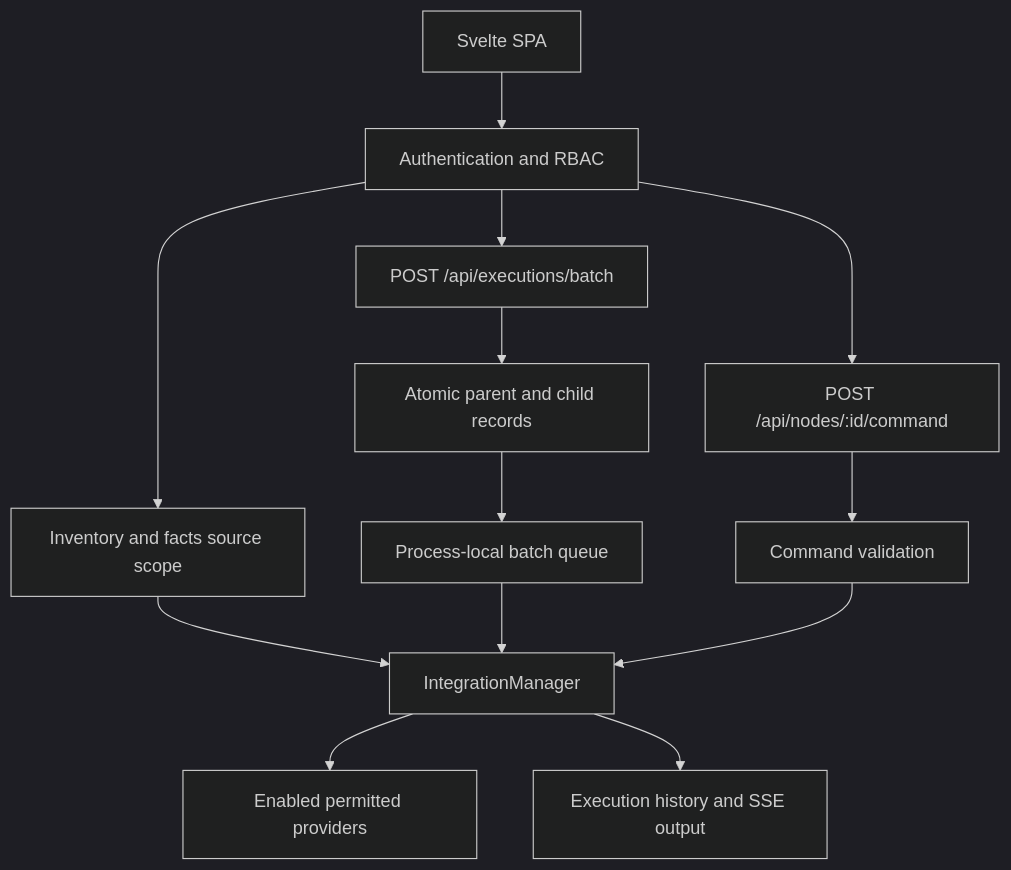
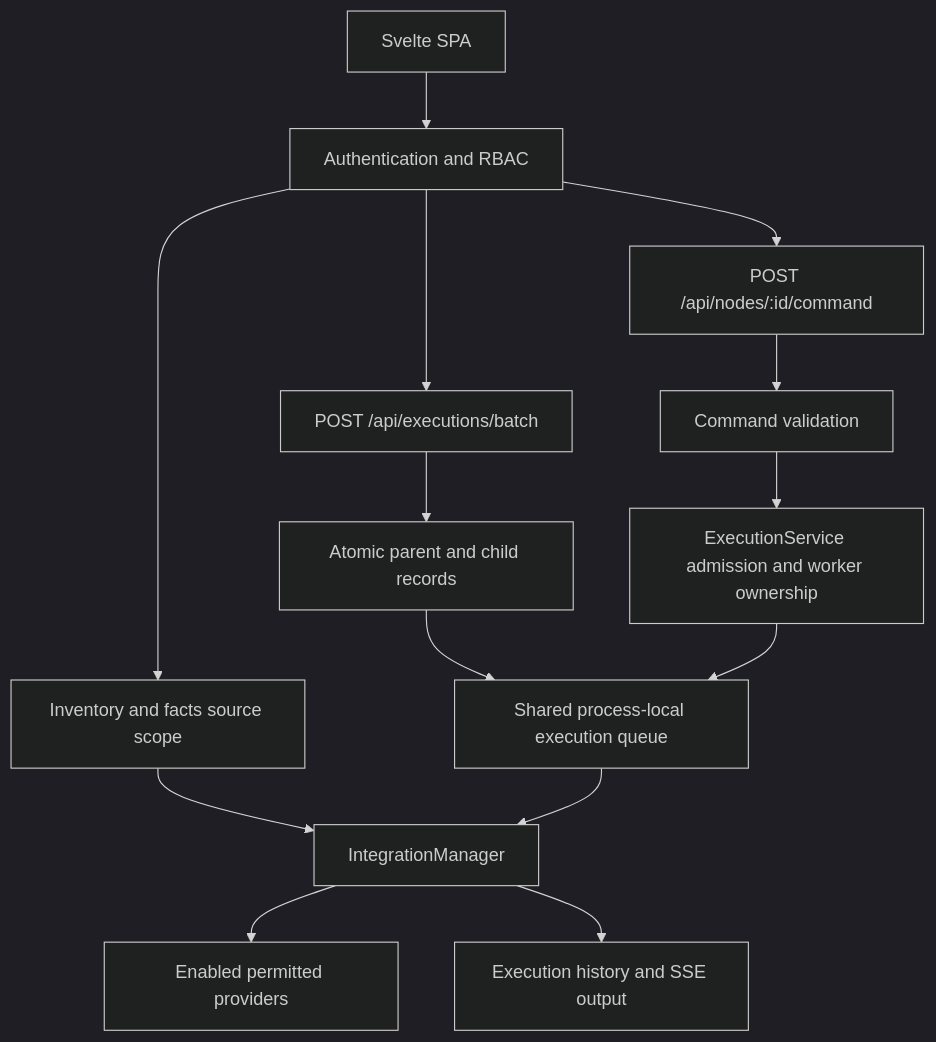
One commit to example42/pabawi changed the diagram in docs/architecture.md. Above: the diagram before and after it, drawn with Mermaid (dark theme). The commit also changed other lines of this file and 44 other files, not shown here.

````diff
--- a/docs/architecture.md
+++ b/docs/architecture.md
@@ -59,15 +59,16 @@
 ```mermaid
 flowchart TD
   UI[Svelte SPA] --> Auth[Authentication and RBAC]
   Auth --> Reads[Inventory and facts source scope]
   Reads --> IM[IntegrationManager]
   IM --> Providers[Enabled permitted providers]
   Auth --> Batch[POST /api/executions/batch]
   Batch --> Store[Atomic parent and child records]
-  Store --> Queue[Process-local batch queue]
+  Store --> Queue[Shared process-local execution queue]
   Queue --> IM
   Auth --> Direct[POST /api/nodes/:id/command]
   Direct --> Whitelist[Command validation]
-  Whitelist --> IM
+  Whitelist --> Owner[ExecutionService admission and worker ownership]
+  Owner --> Queue
   IM --> Output[Execution history and SSE output]
 ```
````
